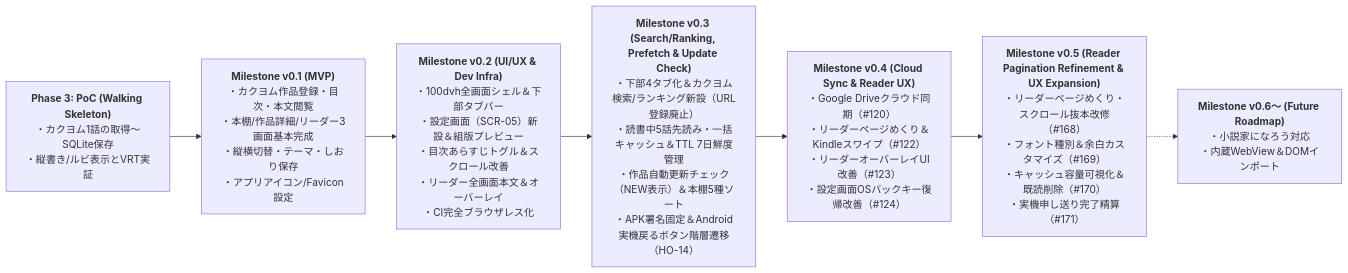
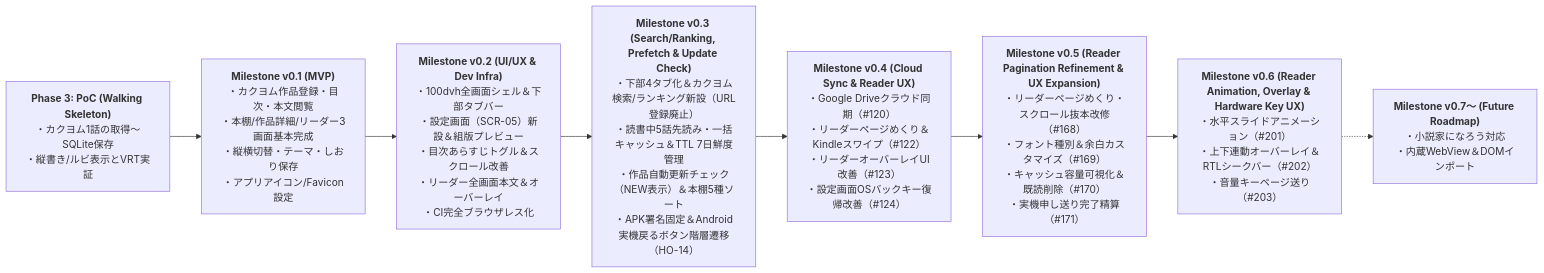
Before and after one commit to high-soar/Yommy: the diagram in docs/specs/requirements.md, drawn with Mermaid. The commit also changed other lines of this file and 5 other files, not shown here.

````diff
--- a/docs/specs/requirements.md
+++ b/docs/specs/requirements.md
@@ -168,12 +173,13 @@
 ```mermaid
 flowchart LR
     PoC["<b>Phase 3: PoC (Walking Skeleton)</b><br>・カクヨム1話の取得〜SQLite保存<br>・縦書き/ルビ表示とVRT実証"]
     M1["<b>Milestone v0.1 (MVP)</b><br>・カクヨム作品登録・目次・本文閲覧<br>・本棚/作品詳細/リーダー3画面基本完成<br>・縦横切替・テーマ・しおり保存<br>・アプリアイコン/Favicon設定"]
     M2["<b>Milestone v0.2 (UI/UX & Dev Infra)</b><br>・100dvh全画面シェル＆下部タブバー<br>・設定画面（SCR-05）新設＆組版プレビュー<br>・目次あらすじトグル＆スクロール改善<br>・リーダー全画面本文＆オーバーレイ<br>・CI完全ブラウザレス化"]
     M3["<b>Milestone v0.3 (Search/Ranking, Prefetch & Update Check)</b><br>・下部4タブ化＆カクヨム検索/ランキング新設（URL登録廃止）<br>・読書中5話先読み・一括キャッシュ＆TTL 7日鮮度管理<br>・作品自動更新チェック（NEW表示）＆本棚5種ソート<br>・APK署名固定＆Android実機戻るボタン階層遷移（HO-14）"]
     M4["<b>Milestone v0.4 (Cloud Sync & Reader UX)</b><br>・Google Driveクラウド同期（#120）<br>・リーダーページめくり＆Kindleスワイプ（#122）<br>・リーダーオーバーレイUI改善（#123）<br>・設定画面OSバックキー復帰改善（#124）"]
     M5["<b>Milestone v0.5 (Reader Pagination Refinement & UX Expansion)</b><br>・リーダーページめくり・スクロール抜本改修（#168）<br>・フォント種別＆余白カスタマイズ（#169）<br>・キャッシュ容量可視化＆既読削除（#170）<br>・実機申し送り完了精算（#171）"]
-    M6["<b>Milestone v0.6〜 (Future Roadmap)</b><br>・小説家になろう対応<br>・内蔵WebView＆DOMインポート"]
+    M6["<b>Milestone v0.6 (Reader Animation, Overlay & Hardware Key UX)</b><br>・水平スライドアニメーション（#201）<br>・上下連動オーバーレイ＆RTLシークバー（#202）<br>・音量キーページ送り（#203）"]
+    M7["<b>Milestone v0.7〜 (Future Roadmap)</b><br>・小説家になろう対応<br>・内蔵WebView＆DOMインポート"]
 
-    PoC --> M1 --> M2 --> M3 --> M4 --> M5 -.-> M6
+    PoC --> M1 --> M2 --> M3 --> M4 --> M5 --> M6 -.-> M7
 ```
````
